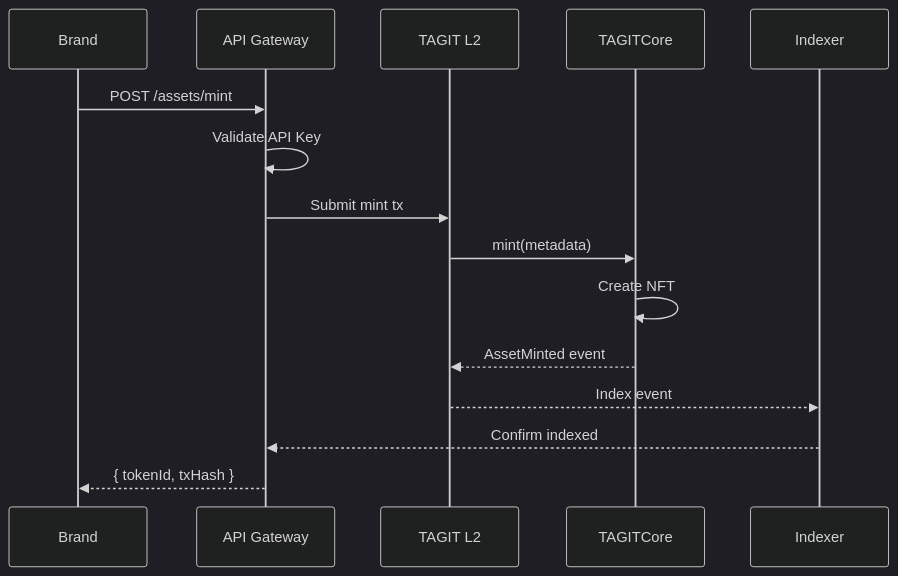
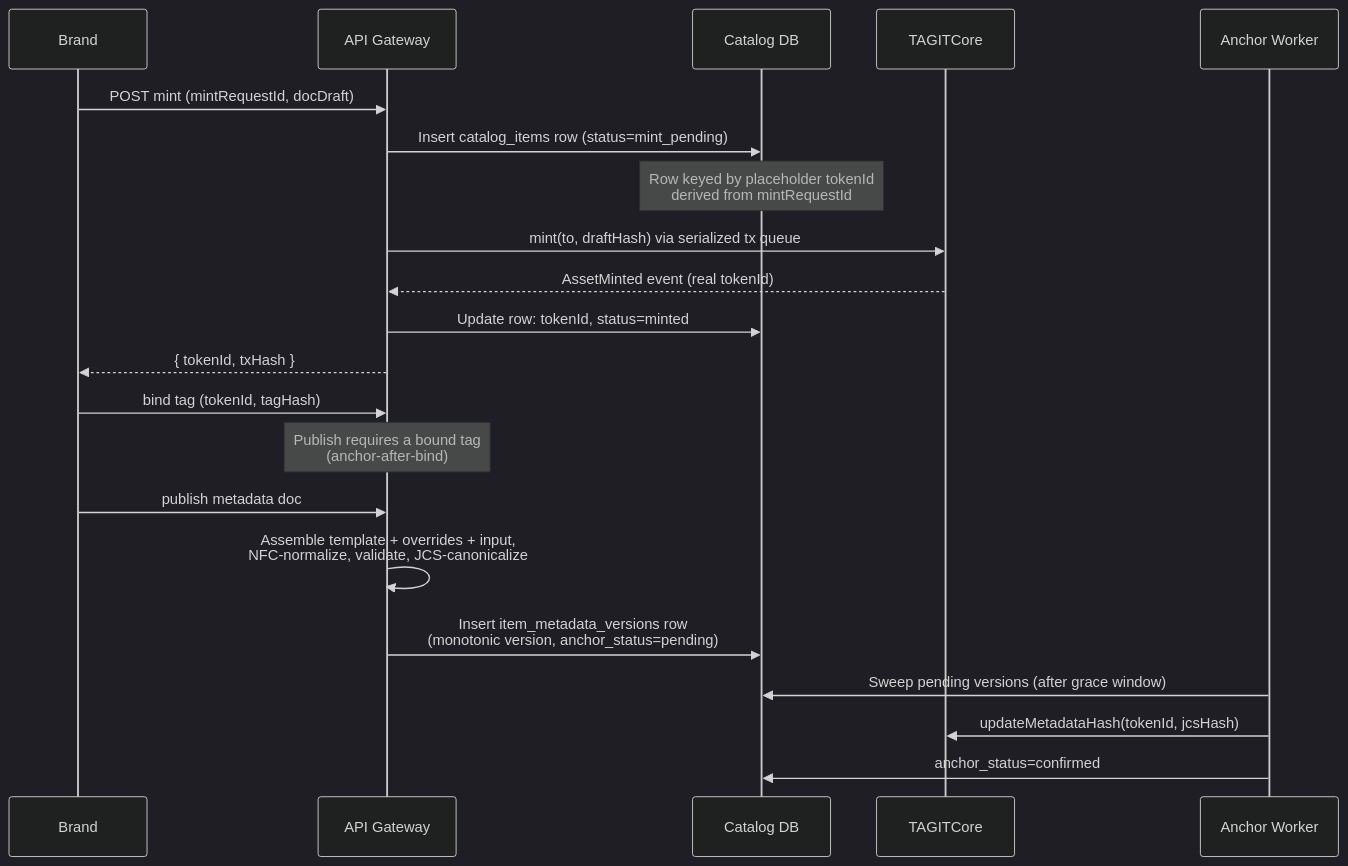
One commit to TAG-IT-NETWORK/tagit-docs changed the second of 6 diagrams in docs/architecture/data-flow.md. Above: the diagram before and after it, drawn with Mermaid (dark theme). The commit also changed other lines of this file and 2 other files, not shown here.

First line of the commit message:
META T20: tagit-meta/1 schema spec, testnet refund runbook, data-flow fix (#17)

````diff
--- a/docs/architecture/data-flow.md
+++ b/docs/architecture/data-flow.md
@@ -30,18 +30,26 @@
 ```mermaid
 sequenceDiagram
     participant Brand
     participant API as API Gateway
-    participant L2 as TAGIT L2
+    participant DB as Catalog DB
     participant Core as TAGITCore
-    participant Indexer
+    participant Worker as Anchor Worker
 
-    Brand->>API: POST /assets/mint
-    API->>API: Validate API Key
-    API->>L2: Submit mint tx
-    L2->>Core: mint(metadata)
-    Core->>Core: Create NFT
-    Core-->>L2: AssetMinted event
-    L2-->>Indexer: Index event
-    Indexer-->>API: Confirm indexed
+    Brand->>API: POST mint (mintRequestId, docDraft)
+    API->>DB: Insert catalog_items row (status=mint_pending)
+    Note over DB: Row keyed by placeholder tokenId<br/>derived from mintRequestId
+    API->>Core: mint(to, draftHash) via serialized tx queue
+    Core-->>API: AssetMinted event (real tokenId)
+    API->>DB: Update row: tokenId, status=minted
     API-->>Brand: { tokenId, txHash }
+
+    Brand->>API: bind tag (tokenId, tagHash)
+    Note over API: Publish requires a bound tag<br/>(anchor-after-bind)
+
+    Brand->>API: publish metadata doc
+    API->>API: Assemble template + overrides + input,<br/>NFC-normalize, validate, JCS-canonicalize
+    API->>DB: Insert item_metadata_versions row<br/>(monotonic version, anchor_status=pending)
+    Worker->>DB: Sweep pending versions (after grace window)
+    Worker->>Core: updateMetadataHash(tokenId, jcsHash)
+    Worker->>DB: anchor_status=confirmed
 ```
````
